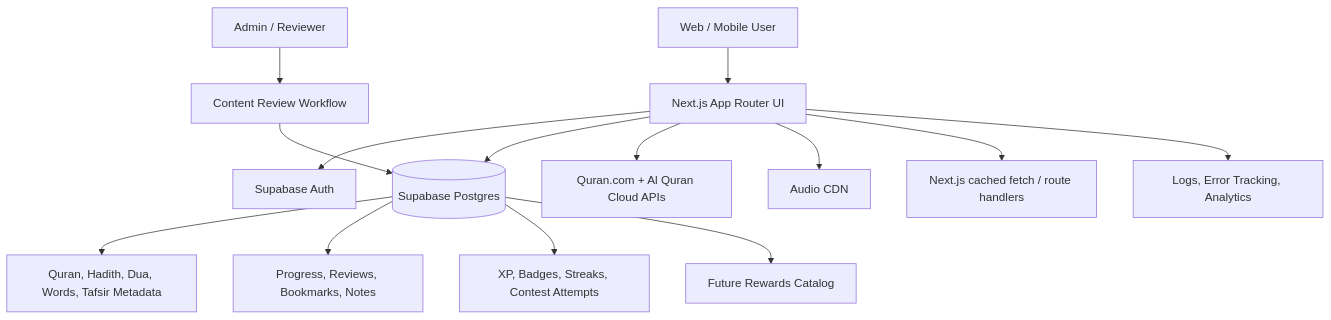
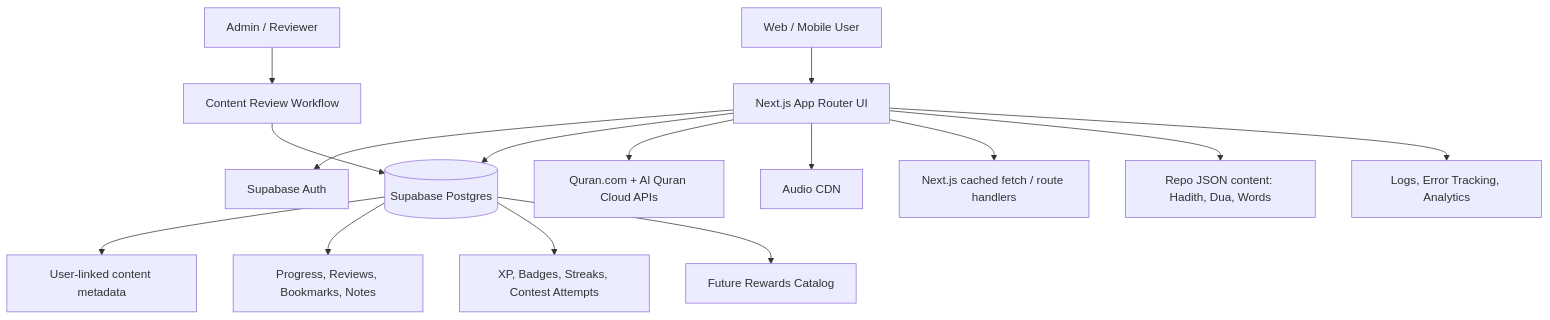
The first of 2 diagrams in README.md (nayab98/LearnIslam), drawn with Mermaid before and after one commit. The commit also changed other lines of this file and 28 other files, not shown here.

Commit message:
Add static hadith data and Quran translation options

````diff
--- a/README.md
+++ b/README.md
@@ -34,19 +34,20 @@
 ```mermaid
 flowchart TD
   User[Web / Mobile User] --> App[Next.js App Router UI]
   App --> Auth[Supabase Auth]
   App --> DB[(Supabase Postgres)]
   App --> Quran[Quran.com + Al Quran Cloud APIs]
   App --> Audio[Audio CDN]
   App --> Cache[Next.js cached fetch / route handlers]
 
   Admin[Admin / Reviewer] --> Review[Content Review Workflow]
   Review --> DB
 
-  DB --> Content[Quran, Hadith, Dua, Words, Tafsir Metadata]
+  App --> StaticContent[Repo JSON content: Hadith, Dua, Words]
+  DB --> Content[User-linked content metadata]
   DB --> Learning[Progress, Reviews, Bookmarks, Notes]
   DB --> Game[XP, Badges, Streaks, Contest Attempts]
   DB --> FutureShop[Future Rewards Catalog]
 
   App --> Observability[Logs, Error Tracking, Analytics]
 ```
````
